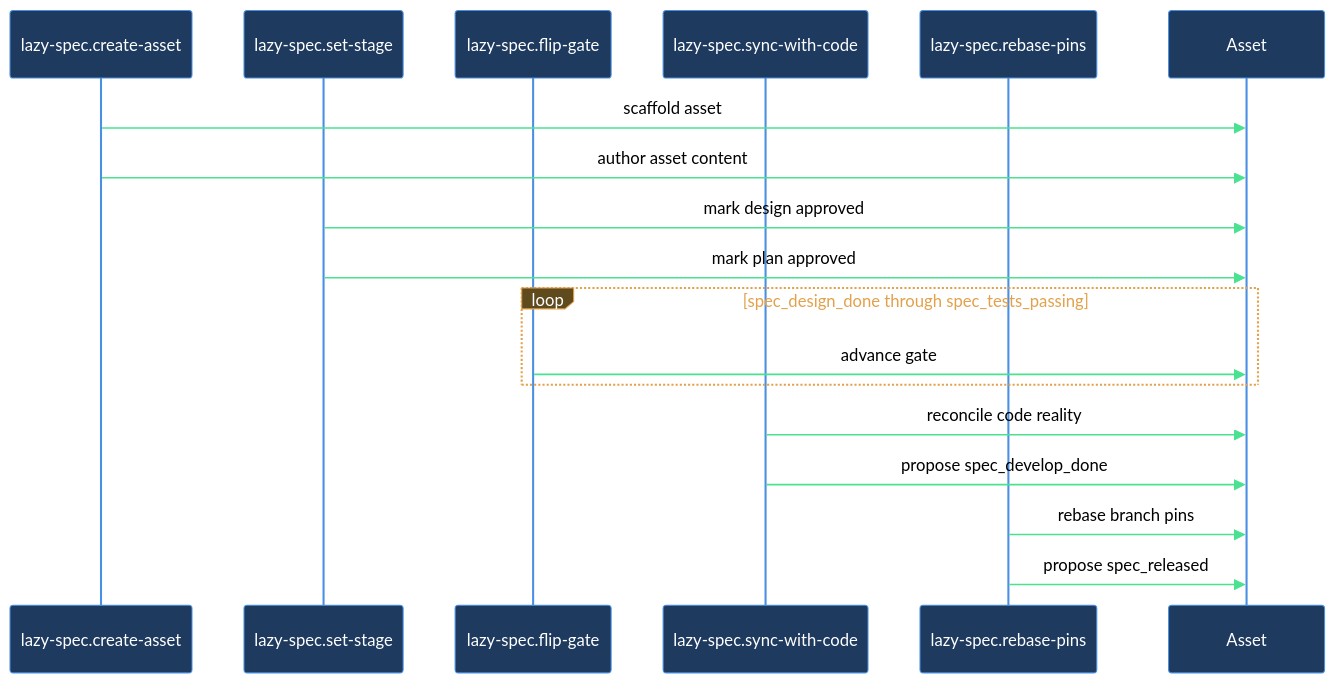
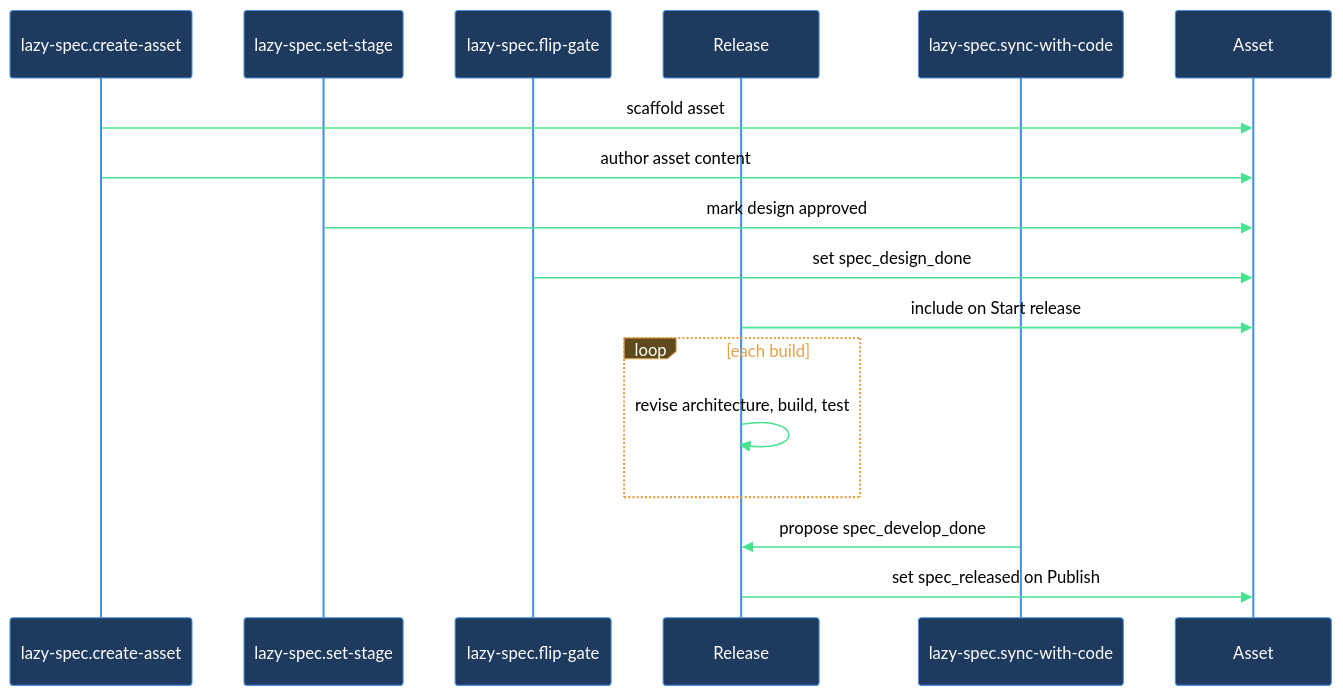
One commit to mebius-san/lazy-cortex changed the diagram in plugins/claude/lazycortex-specs/help/walkthroughs/asset-to-release.md. Above: the diagram before and after it, drawn with Mermaid. The commit also changed other lines of this file and 499 other files, not shown here.

Commit message:
release: core 11.0.0, diagram 2.0.3, experts 1.10.0, observe 2.2.6, obsidian 6.2.0, python 4.13.0, review 6.14.0, specs 10.0.0, wiki 3.7.0

````diff
--- a/plugins/claude/lazycortex-specs/help/walkthroughs/asset-to-release.md
+++ b/plugins/claude/lazycortex-specs/help/walkthroughs/asset-to-release.md
@@ -168,22 +144,21 @@
 ```mermaid
 %%{init: {'themeVariables':{'background':'transparent','primaryColor':'#1e3a5f','primaryBorderColor':'#4a90e2','primaryTextColor':'#fff','lineColor':'#4ae290','actorBkg':'#1e3a5f','actorBorder':'#4a90e2','actorTextColor':'#fff','actorLineColor':'#4a90e2','signalColor':'#4ae290','signalTextColor':'#000','noteBkgColor':'#5f4a1e','noteBorderColor':'#e2a14a','noteTextColor':'#fff','labelBoxBkgColor':'#5f4a1e','labelBoxBorderColor':'#e2a14a','labelTextColor':'#fff','loopTextColor':'#e2a14a'},'sequence':{'diagramPadding':5,'useMaxWidth':true}}}%%
 sequenceDiagram
   participant creator as lazy-spec.create-asset
   participant stager as lazy-spec.set-stage
   participant gater as lazy-spec.flip-gate
+  participant release as Release
   participant syncer as lazy-spec.sync-with-code
-  participant finalizer as lazy-spec.rebase-pins
   participant asset as Asset
 
   creator->>asset: scaffold asset
   creator->>asset: author asset content
   stager->>asset: mark design approved
-  stager->>asset: mark plan approved
-  loop spec_design_done through spec_tests_passing
-    gater->>asset: advance gate
+  gater->>asset: set spec_design_done
+  release->>asset: include on Start release
+  loop each build
+    release->>release: revise architecture, build, test
   end
-  syncer->>asset: reconcile code reality
-  syncer->>asset: propose spec_develop_done
-  finalizer->>asset: rebase branch pins
-  finalizer->>asset: propose spec_released
+  syncer->>release: propose spec_develop_done
+  release->>asset: set spec_released on Publish
 ```
````
